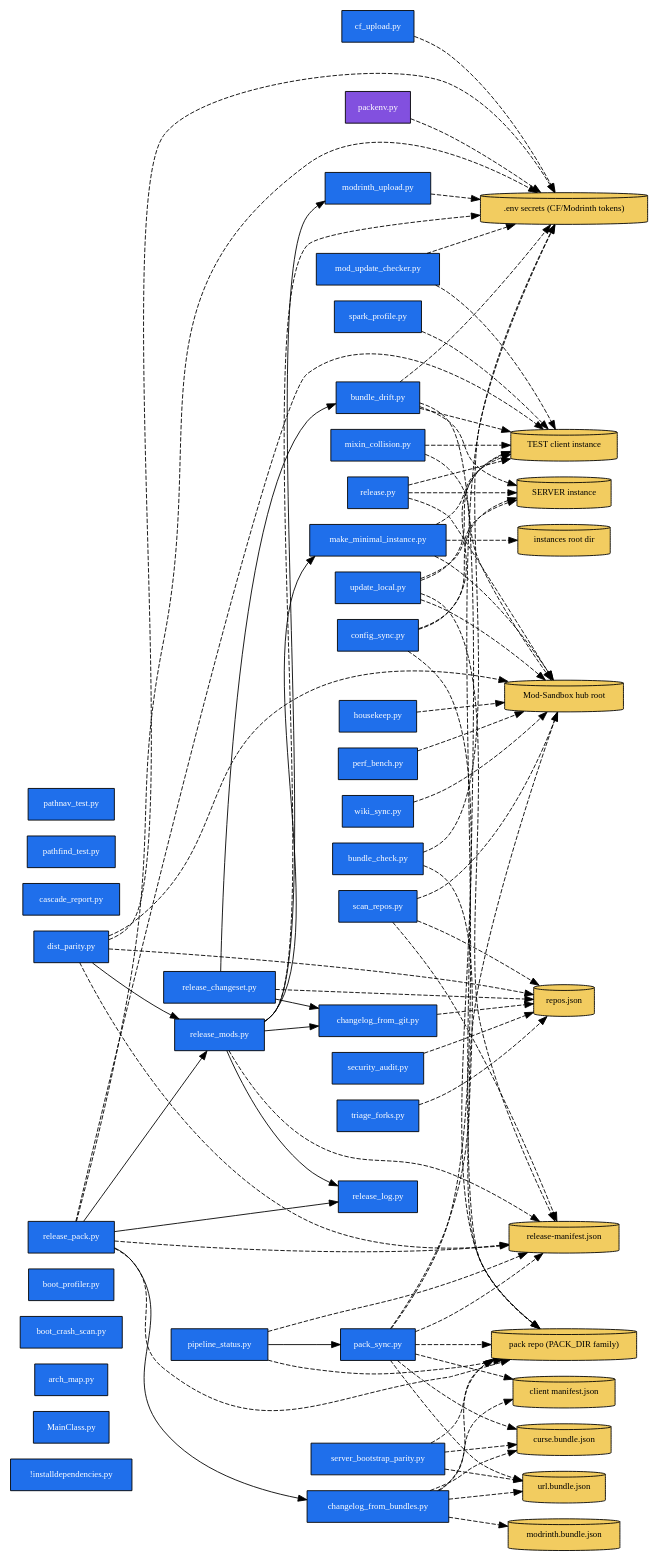
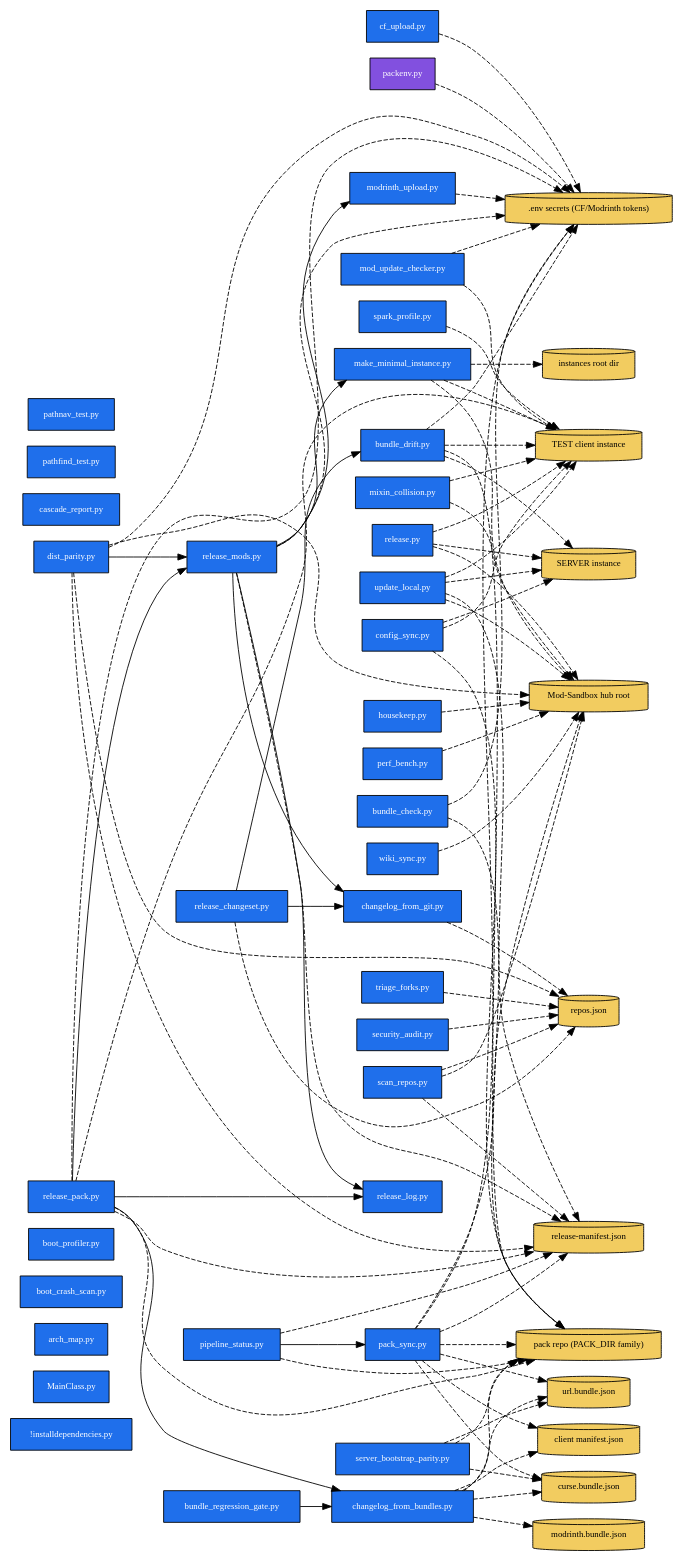
The diagram in ARCHITECTURE.dot (quentin452/Cat-Pack-Utilities), drawn with Graphviz before and after one commit. The commit also changed 4 other files, not shown here.

First line of the commit message:
feat(pack): GATE 10 bundle regression gate — no mod ships older than a published cut

```diff
--- a/ARCHITECTURE.dot
+++ b/ARCHITECTURE.dot
@@ -1,130 +1,132 @@
 digraph arch {
   rankdir=LR;
   node [shape=box, style=filled, fontsize=10];
 
   S__installdependencies [label="!installdependencies.py", fillcolor="#1f6feb", fontcolor="white"];
   S_MainClass [label="MainClass.py", fillcolor="#1f6feb", fontcolor="white"];
   S_arch_map [label="arch_map.py", fillcolor="#1f6feb", fontcolor="white"];
   S_boot_crash_scan [label="boot_crash_scan.py", fillcolor="#1f6feb", fontcolor="white"];
   S_boot_profiler [label="boot_profiler.py", fillcolor="#1f6feb", fontcolor="white"];
   S_bundle_check [label="bundle_check.py", fillcolor="#1f6feb", fontcolor="white"];
   S_bundle_drift [label="bundle_drift.py", fillcolor="#1f6feb", fontcolor="white"];
+  S_bundle_regression_gate [label="bundle_regression_gate.py", fillcolor="#1f6feb", fontcolor="white"];
   S_cascade_report [label="cascade_report.py", fillcolor="#1f6feb", fontcolor="white"];
   S_cf_upload [label="cf_upload.py", fillcolor="#1f6feb", fontcolor="white"];
   S_changelog_from_bundles [label="changelog_from_bundles.py", fillcolor="#1f6feb", fontcolor="white"];
   S_changelog_from_git [label="changelog_from_git.py", fillcolor="#1f6feb", fontcolor="white"];
   S_config_sync [label="config_sync.py", fillcolor="#1f6feb", fontcolor="white"];
   S_dist_parity [label="dist_parity.py", fillcolor="#1f6feb", fontcolor="white"];
   S_housekeep [label="housekeep.py", fillcolor="#1f6feb", fontcolor="white"];
   S_make_minimal_instance [label="make_minimal_instance.py", fillcolor="#1f6feb", fontcolor="white"];
   S_mixin_collision [label="mixin_collision.py", fillcolor="#1f6feb", fontcolor="white"];
   S_mod_update_checker [label="mod_update_checker.py", fillcolor="#1f6feb", fontcolor="white"];
   S_modrinth_upload [label="modrinth_upload.py", fillcolor="#1f6feb", fontcolor="white"];
   S_pack_sync [label="pack_sync.py", fillcolor="#1f6feb", fontcolor="white"];
   S_packenv [label="packenv.py", fillcolor="#8250df", fontcolor="white"];
   S_pathfind_test [label="pathfind_test.py", fillcolor="#1f6feb", fontcolor="white"];
   S_pathnav_test [label="pathnav_test.py", fillcolor="#1f6feb", fontcolor="white"];
   S_perf_bench [label="perf_bench.py", fillcolor="#1f6feb", fontcolor="white"];
   S_pipeline_status [label="pipeline_status.py", fillcolor="#1f6feb", fontcolor="white"];
   S_release [label="release.py", fillcolor="#1f6feb", fontcolor="white"];
   S_release_changeset [label="release_changeset.py", fillcolor="#1f6feb", fontcolor="white"];
   S_release_log [label="release_log.py", fillcolor="#1f6feb", fontcolor="white"];
   S_release_mods [label="release_mods.py", fillcolor="#1f6feb", fontcolor="white"];
   S_release_pack [label="release_pack.py", fillcolor="#1f6feb", fontcolor="white"];
   S_scan_repos [label="scan_repos.py", fillcolor="#1f6feb", fontcolor="white"];
   S_security_audit [label="security_audit.py", fillcolor="#1f6feb", fontcolor="white"];
   S_server_bootstrap_parity [label="server_bootstrap_parity.py", fillcolor="#1f6feb", fontcolor="white"];
   S_spark_profile [label="spark_profile.py", fillcolor="#1f6feb", fontcolor="white"];
   S_triage_forks [label="triage_forks.py", fillcolor="#1f6feb", fontcolor="white"];
   S_update_local [label="update_local.py", fillcolor="#1f6feb", fontcolor="white"];
   S_wiki_sync [label="wiki_sync.py", fillcolor="#1f6feb", fontcolor="white"];
 
   D_ART_SECRETS [label=".env secrets (CF/Modrinth tokens)", shape=cylinder, fillcolor="#f2cc60"];
   D_ART_HUB [label="Mod-Sandbox hub root", shape=cylinder, fillcolor="#f2cc60"];
   D_ART_INSTANCE_SERVER [label="SERVER instance", shape=cylinder, fillcolor="#f2cc60"];
   D_ART_INSTANCE_TEST [label="TEST client instance", shape=cylinder, fillcolor="#f2cc60"];
   D_ART_CLIENT_MANIFEST [label="client manifest.json", shape=cylinder, fillcolor="#f2cc60"];
   D_ART_CURSE_BUNDLE [label="curse.bundle.json", shape=cylinder, fillcolor="#f2cc60"];
   D_ART_INSTANCES_ROOT [label="instances root dir", shape=cylinder, fillcolor="#f2cc60"];
   D_ART_MODRINTH_BUNDLE [label="modrinth.bundle.json", shape=cylinder, fillcolor="#f2cc60"];
   D_ART_PACK_DIR [label="pack repo (PACK_DIR family)", shape=cylinder, fillcolor="#f2cc60"];
   D_ART_RELEASE_MANIFEST [label="release-manifest.json", shape=cylinder, fillcolor="#f2cc60"];
   D_ART_REPOS_JSON [label="repos.json", shape=cylinder, fillcolor="#f2cc60"];
   D_ART_URL_BUNDLE [label="url.bundle.json", shape=cylinder, fillcolor="#f2cc60"];
 
+  S_bundle_regression_gate -> S_changelog_from_bundles;
   S_dist_parity -> S_release_mods;
   S_pipeline_status -> S_pack_sync;
   S_release_changeset -> S_bundle_drift;
   S_release_changeset -> S_changelog_from_git;
   S_release_mods -> S_changelog_from_git;
   S_release_mods -> S_make_minimal_instance;
   S_release_mods -> S_modrinth_upload;
   S_release_mods -> S_release_log;
   S_release_pack -> S_changelog_from_bundles;
   S_release_pack -> S_release_log;
   S_release_pack -> S_release_mods;
   S_bundle_check -> D_ART_SECRETS [style=dashed];
   S_bundle_check -> D_ART_PACK_DIR [style=dashed];
   S_bundle_drift -> D_ART_SECRETS [style=dashed];
   S_bundle_drift -> D_ART_INSTANCE_SERVER [style=dashed];
   S_bundle_drift -> D_ART_INSTANCE_TEST [style=dashed];
   S_bundle_drift -> D_ART_PACK_DIR [style=dashed];
   S_cf_upload -> D_ART_SECRETS [style=dashed];
   S_changelog_from_bundles -> D_ART_CLIENT_MANIFEST [style=dashed];
   S_changelog_from_bundles -> D_ART_CURSE_BUNDLE [style=dashed];
   S_changelog_from_bundles -> D_ART_MODRINTH_BUNDLE [style=dashed];
   S_changelog_from_bundles -> D_ART_PACK_DIR [style=dashed];
   S_changelog_from_bundles -> D_ART_URL_BUNDLE [style=dashed];
   S_changelog_from_git -> D_ART_REPOS_JSON [style=dashed];
   S_config_sync -> D_ART_INSTANCE_SERVER [style=dashed];
   S_config_sync -> D_ART_INSTANCE_TEST [style=dashed];
   S_config_sync -> D_ART_PACK_DIR [style=dashed];
   S_dist_parity -> D_ART_SECRETS [style=dashed];
   S_dist_parity -> D_ART_HUB [style=dashed];
   S_dist_parity -> D_ART_RELEASE_MANIFEST [style=dashed];
   S_dist_parity -> D_ART_REPOS_JSON [style=dashed];
   S_housekeep -> D_ART_HUB [style=dashed];
   S_make_minimal_instance -> D_ART_HUB [style=dashed];
   S_make_minimal_instance -> D_ART_INSTANCE_TEST [style=dashed];
   S_make_minimal_instance -> D_ART_INSTANCES_ROOT [style=dashed];
   S_mixin_collision -> D_ART_HUB [style=dashed];
   S_mixin_collision -> D_ART_INSTANCE_TEST [style=dashed];
   S_mod_update_checker -> D_ART_SECRETS [style=dashed];
   S_mod_update_checker -> D_ART_INSTANCE_TEST [style=dashed];
   S_modrinth_upload -> D_ART_SECRETS [style=dashed];
   S_pack_sync -> D_ART_SECRETS [style=dashed];
   S_pack_sync -> D_ART_HUB [style=dashed];
   S_pack_sync -> D_ART_CLIENT_MANIFEST [style=dashed];
   S_pack_sync -> D_ART_CURSE_BUNDLE [style=dashed];
   S_pack_sync -> D_ART_PACK_DIR [style=dashed];
   S_pack_sync -> D_ART_RELEASE_MANIFEST [style=dashed];
   S_pack_sync -> D_ART_URL_BUNDLE [style=dashed];
   S_packenv -> D_ART_SECRETS [style=dashed];
   S_perf_bench -> D_ART_HUB [style=dashed];
   S_pipeline_status -> D_ART_PACK_DIR [style=dashed];
   S_pipeline_status -> D_ART_RELEASE_MANIFEST [style=dashed];
   S_release -> D_ART_HUB [style=dashed];
   S_release -> D_ART_INSTANCE_SERVER [style=dashed];
   S_release -> D_ART_INSTANCE_TEST [style=dashed];
   S_release_changeset -> D_ART_REPOS_JSON [style=dashed];
   S_release_mods -> D_ART_SECRETS [style=dashed];
   S_release_mods -> D_ART_RELEASE_MANIFEST [style=dashed];
   S_release_pack -> D_ART_SECRETS [style=dashed];
   S_release_pack -> D_ART_INSTANCE_TEST [style=dashed];
   S_release_pack -> D_ART_PACK_DIR [style=dashed];
   S_release_pack -> D_ART_RELEASE_MANIFEST [style=dashed];
   S_scan_repos -> D_ART_HUB [style=dashed];
   S_scan_repos -> D_ART_RELEASE_MANIFEST [style=dashed];
   S_scan_repos -> D_ART_REPOS_JSON [style=dashed];
   S_security_audit -> D_ART_REPOS_JSON [style=dashed];
   S_server_bootstrap_parity -> D_ART_CURSE_BUNDLE [style=dashed];
   S_server_bootstrap_parity -> D_ART_PACK_DIR [style=dashed];
   S_server_bootstrap_parity -> D_ART_URL_BUNDLE [style=dashed];
   S_spark_profile -> D_ART_INSTANCE_TEST [style=dashed];
   S_triage_forks -> D_ART_REPOS_JSON [style=dashed];
   S_update_local -> D_ART_HUB [style=dashed];
   S_update_local -> D_ART_INSTANCE_SERVER [style=dashed];
   S_update_local -> D_ART_INSTANCE_TEST [style=dashed];
   S_update_local -> D_ART_RELEASE_MANIFEST [style=dashed];
   S_wiki_sync -> D_ART_HUB [style=dashed];
 }
```
